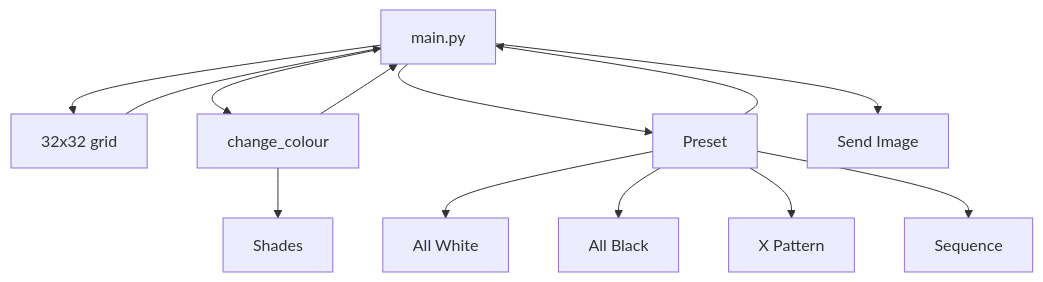
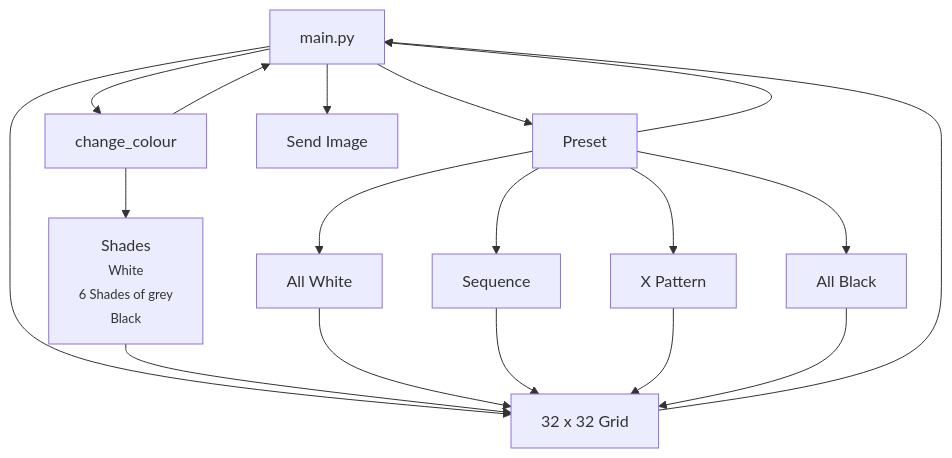
One commit to E1leenn/finalchallenge changed the second of 2 diagrams in README.md. Above: the diagram before and after it, drawn with Mermaid.

````diff
--- a/README.md
+++ b/README.md
@@ -31,15 +32,20 @@
 ```mermaid
 graph TD
-A[main.py] --> B[32x32 grid]
-B --> A
-A --> C[change_colour]
+A[main.py] --> C[change_colour]
 C --> A
-C --> I[Shades]
+C --> I[<font size = 3>Shades<br><font size=2>White<br>6 Shades of grey<br>Black]
+A --> B[32 x 32 Grid]
+I --> B
 A --> D[Preset]
 D --> A
 D --> E[All White]
 D --> F[All Black]
 D --> G[X Pattern]
 D --> H[Sequence]
 A --> J[Send Image]
+E --> B
+H --> B
+G --> B
+F --> B
+B --> A
 ```
````
